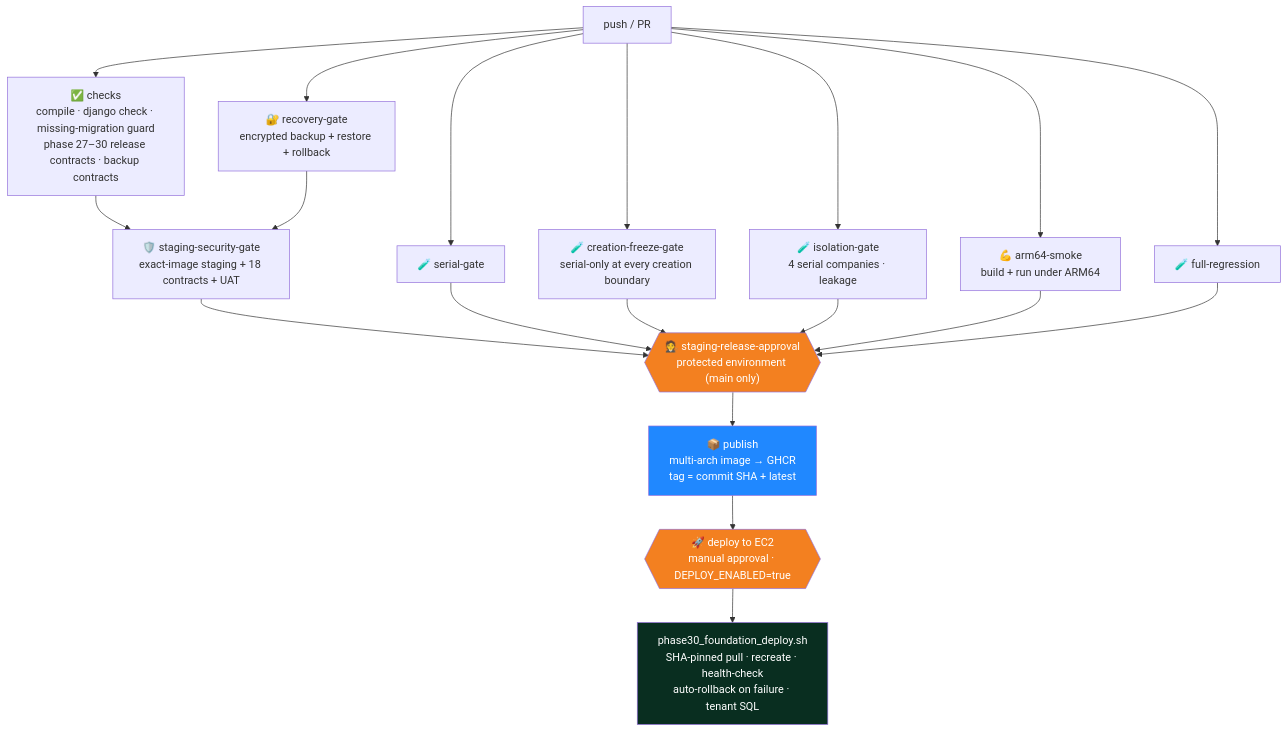
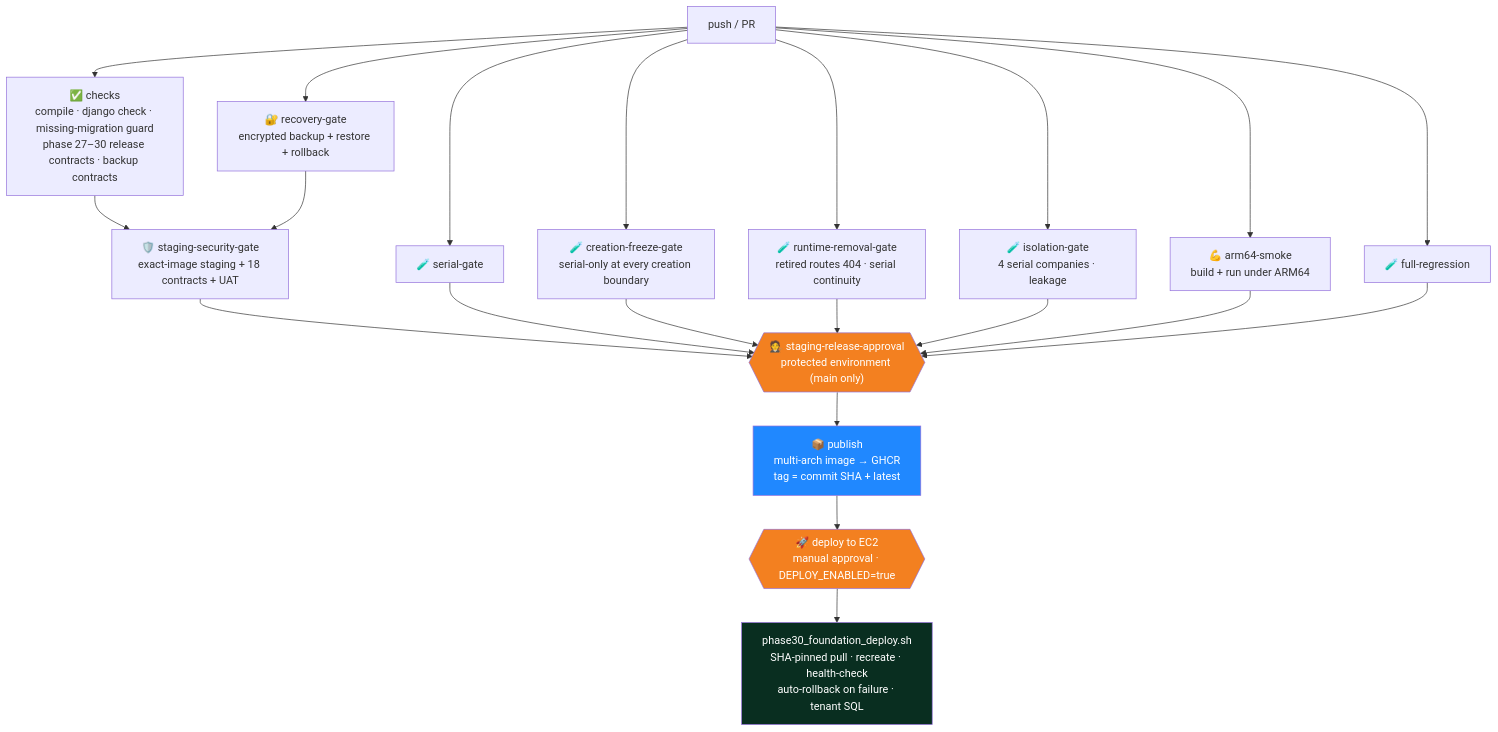
One commit to Maaz-Bin-Haider/Financee_Multitenant_Production changed the ninth of 9 diagrams in README.md. Above: the diagram before and after it, drawn with Mermaid. The commit also changed other lines of this file and 76 other files, not shown here.

Commit message:
Phase 2: retire quantity runtime while preserving serial workflows

````diff
--- a/README.md
+++ b/README.md
@@ -534,21 +526,22 @@
 ```mermaid
 flowchart TB
     P[push / PR] --> CH[✅ checks<br/>compile · django check · missing-migration guard<br/>phase 27–30 release contracts · backup contracts]
     P --> SG[🧪 serial-gate]
     P --> CFG[🧪 creation-freeze-gate<br/>serial-only at every creation boundary]
+    P --> RRG[🧪 runtime-removal-gate<br/>retired routes 404 · serial continuity]
     P --> IG[🧪 isolation-gate<br/>4 serial companies · leakage]
     P --> AS[💪 arm64-smoke<br/>build + run under ARM64]
     P --> FR[🧪 full-regression]
     P --> RG[🔐 recovery-gate<br/>encrypted backup + restore + rollback]
 
     CH & RG --> SS[🛡️ staging-security-gate<br/>exact-image staging + 18 contracts + UAT]
-    SS & SG & CFG & IG & AS & FR --> AP{{"🧑‍⚖️ staging-release-approval<br/>protected environment (main only)"}}
+    SS & SG & CFG & RRG & IG & AS & FR --> AP{{"🧑‍⚖️ staging-release-approval<br/>protected environment (main only)"}}
     AP --> PUB[📦 publish<br/>multi-arch image → GHCR<br/>tag = commit SHA + latest]
     PUB --> DEP{{"🚀 deploy to EC2<br/>manual approval · DEPLOY_ENABLED=true"}}
     DEP --> SH[phase30_foundation_deploy.sh<br/>SHA-pinned pull · recreate · health-check<br/>auto-rollback on failure · tenant SQL]
 
     style AP fill:#F38020,color:#fff
     style DEP fill:#F38020,color:#fff
     style PUB fill:#2088FF,color:#fff
     style SH fill:#092E20,color:#fff
 ```
````
